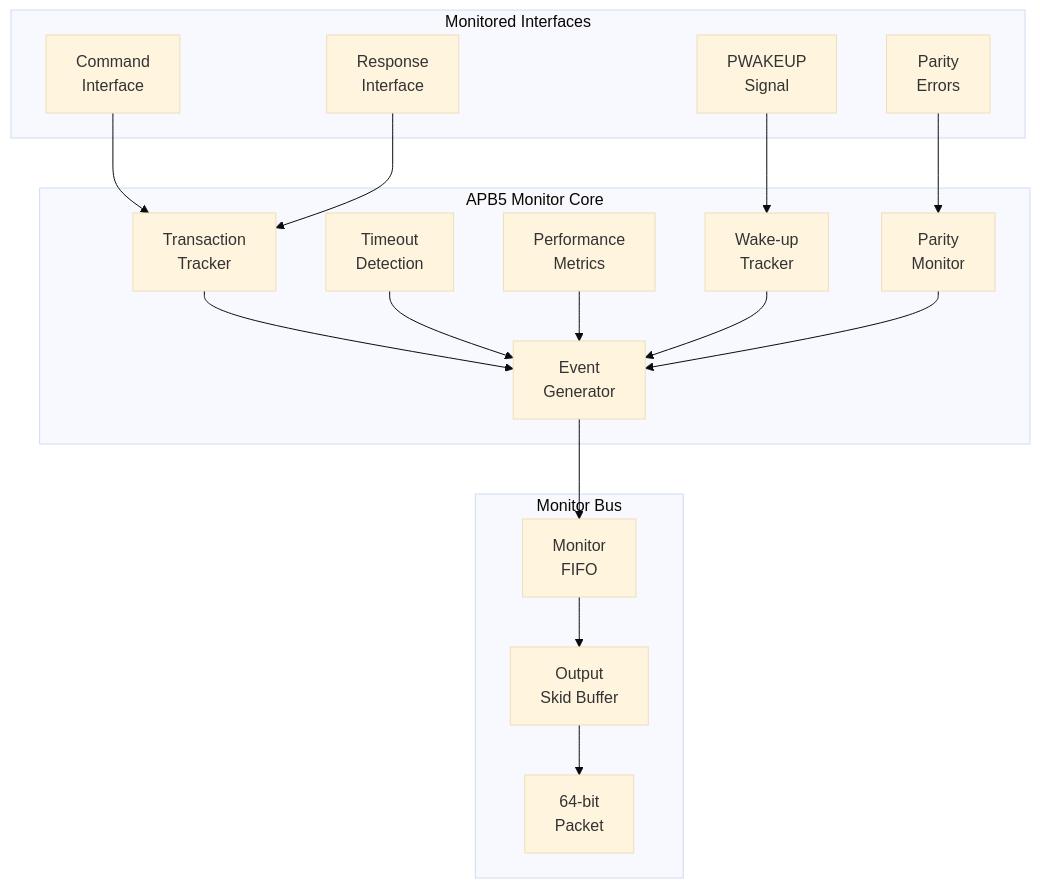
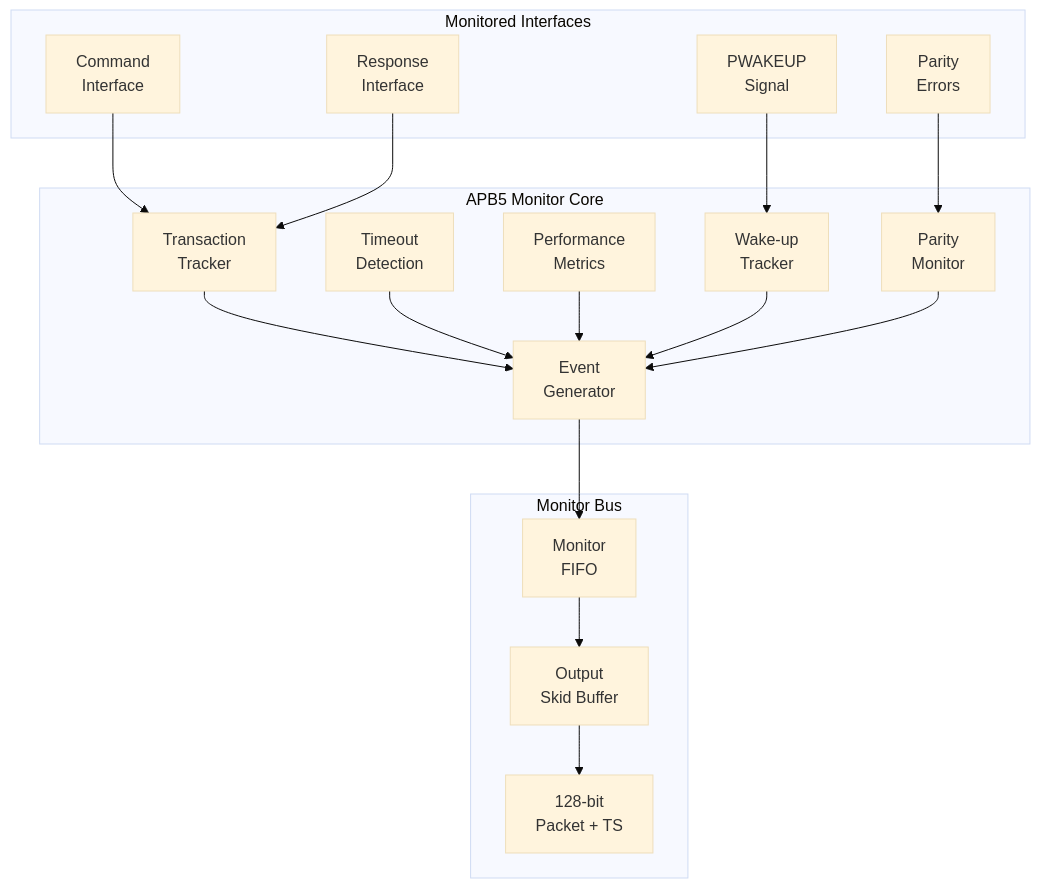
Before and after one commit to sean-galloway/RTLDesignSherpa: the first of 3 diagrams in docs/markdown/RTLAmba/monitor/apb5_monitor.md, drawn with Mermaid (base theme). The commit also changed other lines of this file and 467 other files, not shown here.

````diff
--- a/docs/markdown/RTLAmba/monitor/apb5_monitor.md
+++ b/docs/markdown/RTLAmba/monitor/apb5_monitor.md
@@ -51,39 +60,39 @@
 ```mermaid
 flowchart TB
     subgraph INPUTS["Monitored Interfaces"]
         cmd["Command<br/>Interface"]
         rsp["Response<br/>Interface"]
         wake["PWAKEUP<br/>Signal"]
         parity["Parity<br/>Errors"]
     end
 
     subgraph MONITOR["APB5 Monitor Core"]
         trans_track["Transaction<br/>Tracker"]
         timeout["Timeout<br/>Detection"]
         perf["Performance<br/>Metrics"]
         wake_track["Wake-up<br/>Tracker"]
         parity_track["Parity<br/>Monitor"]
         event_gen["Event<br/>Generator"]
     end
 
     subgraph OUTPUT["Monitor Bus"]
         fifo["Monitor<br/>FIFO"]
         skid["Output<br/>Skid Buffer"]
-        monbus["64-bit<br/>Packet"]
+        monbus["128-bit<br/>Packet + TS"]
     end
 
     cmd --> trans_track
     rsp --> trans_track
     wake --> wake_track
     parity --> parity_track
 
     trans_track --> event_gen
     timeout --> event_gen
     perf --> event_gen
     wake_track --> event_gen
     parity_track --> event_gen
 
     event_gen --> fifo
     fifo --> skid
     skid --> monbus
 ```
````
